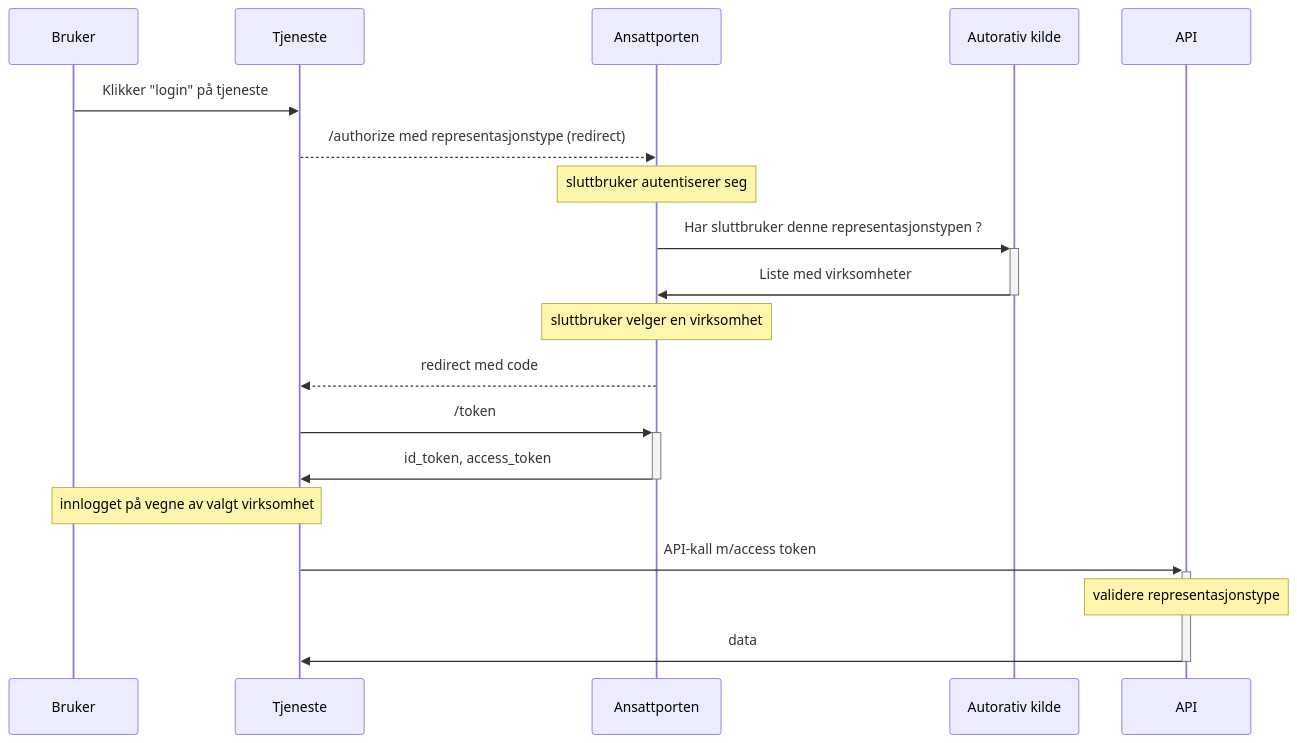
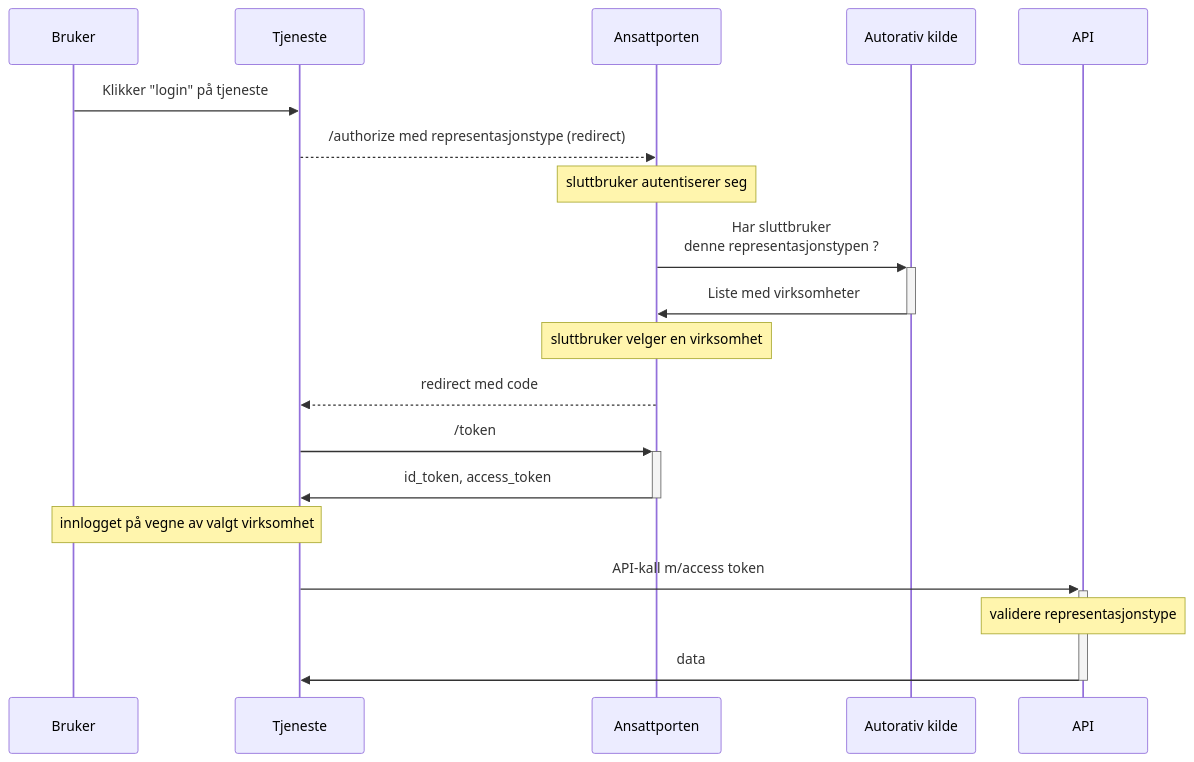
One commit to joergenb/docs changed the diagram in _docs/ansattporten/ansattporten_datadeling.md. Above: the diagram before and after it, drawn with Mermaid. The commit also changed other lines of this file and 1 other file, not shown here.

```diff
--- a/_docs/ansattporten/ansattporten_datadeling.md
+++ b/_docs/ansattporten/ansattporten_datadeling.md
@@ -37,25 +37,25 @@
 <div class="mermaid">
 sequenceDiagram
 
 participant B as Bruker
 participant C as Tjeneste
 participant A as Ansattporten
 participant S as Autorativ kilde
 participant T as API
 
 B->>C: Klikker "login" på tjeneste
 C-->>A: /authorize med representasjonstype (redirect)
 note over A: sluttbruker autentiserer seg
-A->>+S: Har sluttbruker denne representasjonstypen ?
+A->>+S: Har sluttbruker <br/>denne representasjonstypen ?
 S->>-A: Liste med virksomheter
 note over A: sluttbruker velger en virksomhet
 A-->>C: redirect med code
 C->>+A: /token
 A->>-C: id_token, access_token
 note over B,C: innlogget på vegne av valgt virksomhet
 
 C->>+T: API-kall m/access token
 note over T: validere representasjonstype
 T->>-C: data
 
 </div>
```
